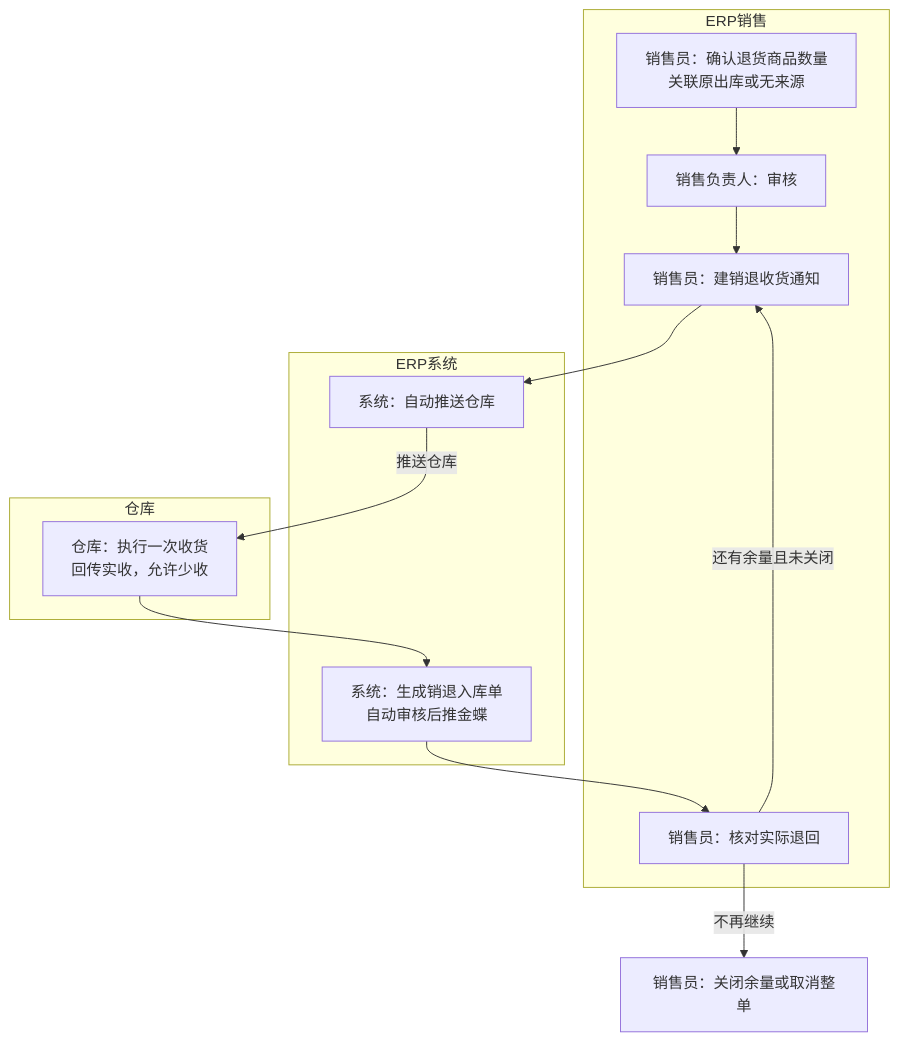
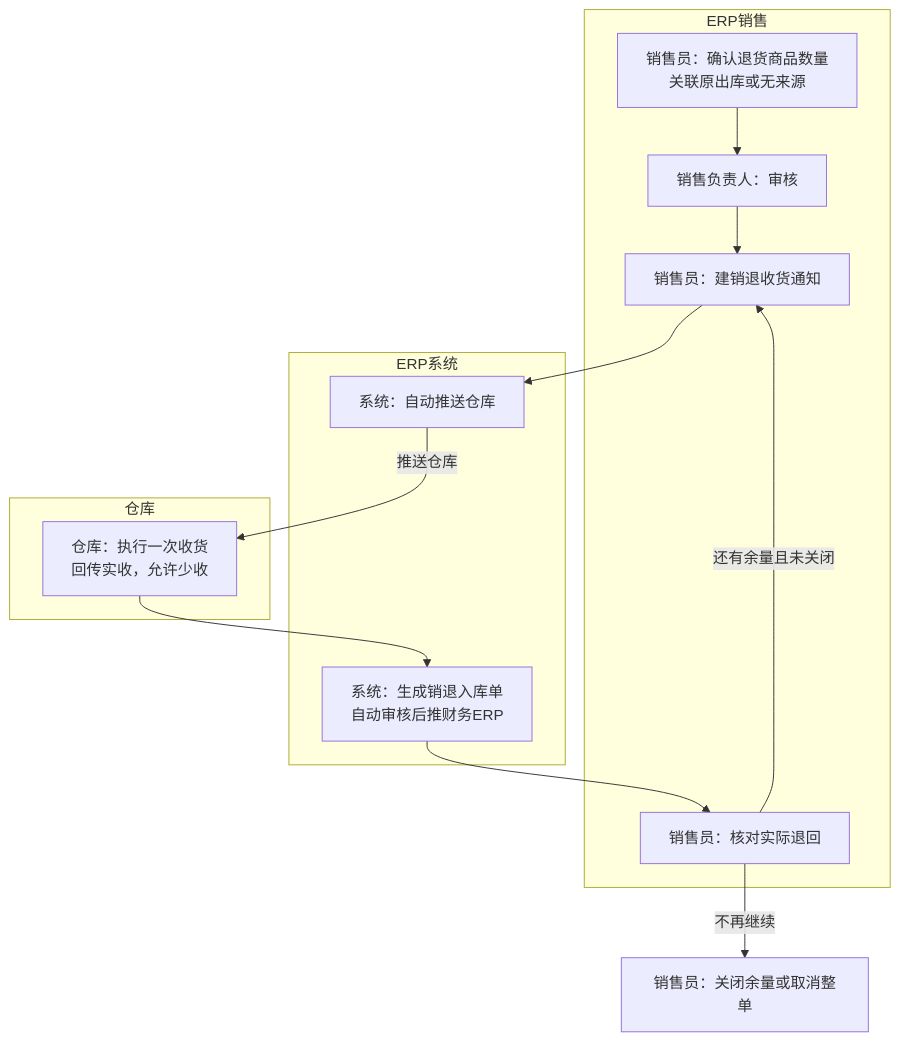
One commit to TopVitamin/QS-ERP-Project changed the sixth of 11 diagrams in 04-产品设计方案/20260812-ERP项目第一版框架搭建/系统架构和流程/01-系统流程与单据交互.md. Above: the diagram before and after it, drawn with Mermaid. The commit also changed other lines of this file and 354 other files, not shown here.

````diff
--- a/04-产品设计方案/20260812-ERP项目第一版框架搭建/系统架构和流程/01-系统流程与单据交互.md
+++ b/04-产品设计方案/20260812-ERP项目第一版框架搭建/系统架构和流程/01-系统流程与单据交互.md
@@ -206,21 +206,21 @@
 ```mermaid
 flowchart TB
     subgraph ERP销售
         A1[销售员：确认退货商品数量<br/>关联原出库或无来源] --> A2[销售负责人：审核]
         A2 --> A3[销售员：建销退收货通知]
         A6[销售员：核对实际退回]
     end
     subgraph ERP系统
         B1[系统：自动推送仓库]
-        B2[系统：生成销退入库单<br/>自动审核后推金蝶]
+        B2[系统：生成销退入库单<br/>自动审核后推财务ERP]
     end
     subgraph 仓库
         C1[仓库：执行一次收货<br/>回传实收，允许少收]
     end
     A3 --> B1
     B1 -->|推送仓库| C1
     C1 --> B2
     B2 --> A6
     A6 -->|还有余量且未关闭| A3
     A6 -->|不再继续| A7[销售员：关闭余量或取消整单]
 ```
````
